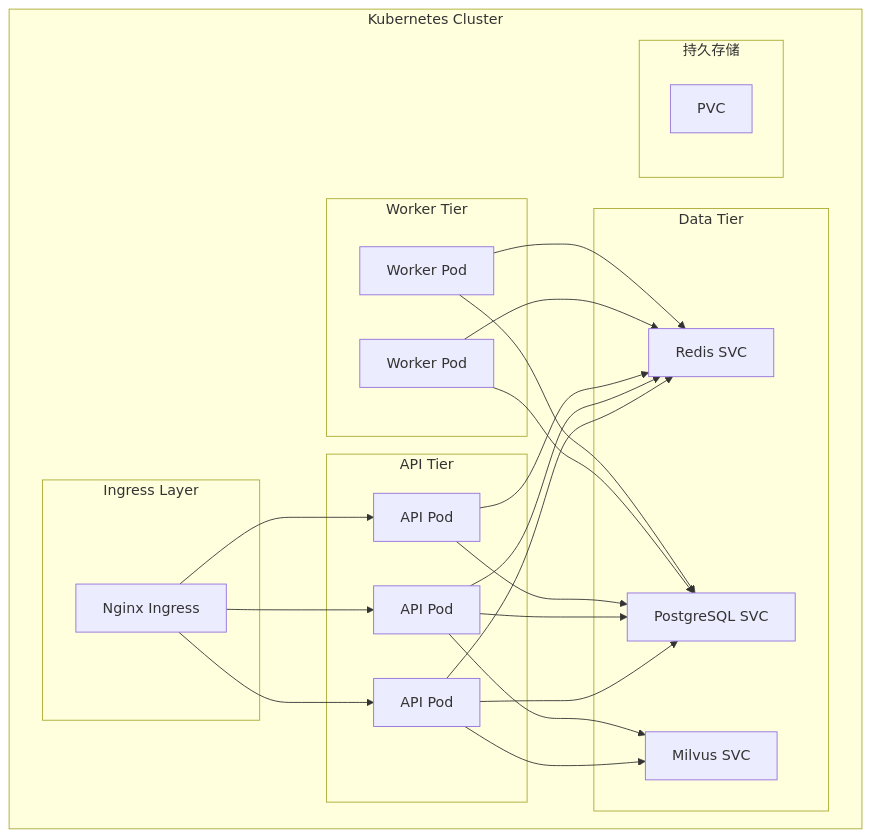
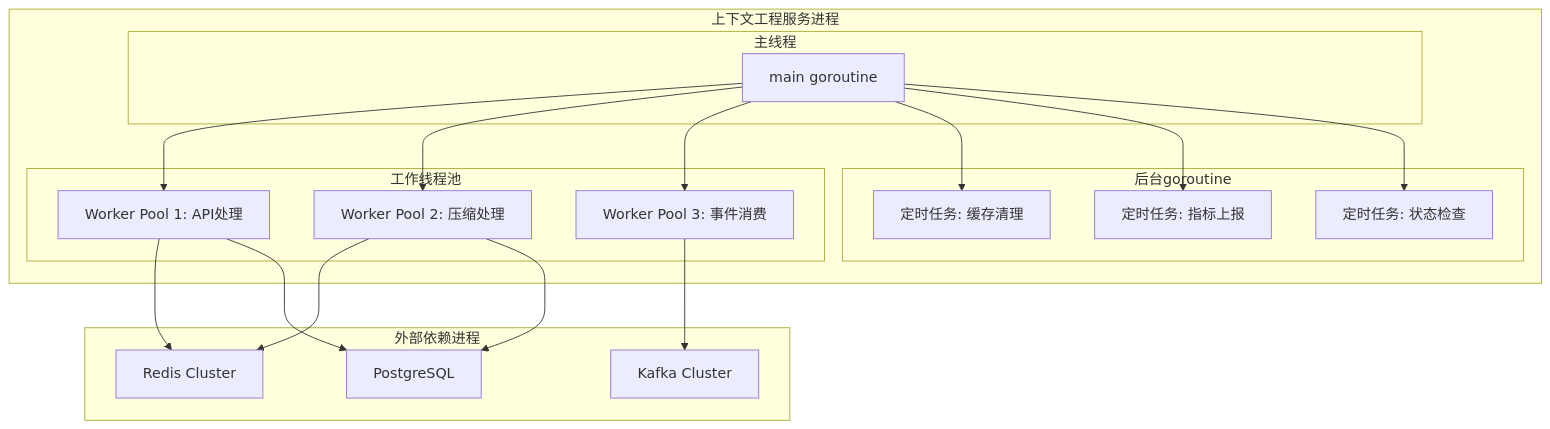
Diagram 20 of 27 in docs/architecture.md.md (352775098-dev/ContextService), drawn with Mermaid before and after one commit. The commit also changed other lines of this file, not shown here.

````diff
--- a/docs/architecture.md.md
+++ b/docs/architecture.md.md
@@ -737,49 +805,39 @@
 ```mermaid
-flowchart TB
-    subgraph K8s_Cluster["Kubernetes Cluster"]
-        subgraph Ingress["Ingress Layer"]
-            NGINX["Nginx Ingress"]
+graph TB
+    subgraph "上下文工程服务进程"
+        subgraph "主线程"
+            Main["main goroutine"]
         end
         
-        subgraph API_Tier["API Tier"]
-            API_Pod1["API Pod"]
-            API_Pod2["API Pod"]
-            API_Pod3["API Pod"]
+        subgraph "工作线程池"
+            WP1["Worker Pool 1: API处理"]
+            WP2["Worker Pool 2: 压缩处理"]
+            WP3["Worker Pool 3: 事件消费"]
         end
         
-        subgraph Worker_Tier["Worker Tier"]
-            Worker_Pod1["Worker Pod"]
-            Worker_Pod2["Worker Pod"]
+        subgraph "后台goroutine"
+            AG1["定时任务: 缓存清理"]
+            AG2["定时任务: 指标上报"]
+            AG3["定时任务: 状态检查"]
         end
         
-        subgraph Data_Tier["Data Tier"]
-            Redis_SVC["Redis SVC"]
-            PG_SVC["PostgreSQL SVC"]
-            Milvus_SVC["Milvus SVC"]
-        end
-        
-        subgraph Storage["持久存储"]
-            PVC["PVC"]
-        end
+        Main --> WP1
+        Main --> WP2
+        Main --> WP3
+        Main --> AG1
+        Main --> AG2
+        Main --> AG3
     end
     
-    NGINX --> API_Pod1
-    NGINX --> API_Pod2
-    NGINX --> API_Pod3
+    subgraph "外部依赖进程"
+        Redis["Redis Cluster"]
+        Kafka["Kafka Cluster"]
+        DB["PostgreSQL"]
+    end
     
-    API_Pod1 --> Redis_SVC
-    API_Pod2 --> Redis_SVC
-    API_Pod3 --> Redis_SVC
-    
-    API_Pod1 --> PG_SVC
-    API_Pod2 --> PG_SVC
-    API_Pod3 --> PG_SVC
-    
-    API_Pod1 --> Milvus_SVC
-    API_Pod2 --> Milvus_SVC
-    
-    Worker_Pod1 --> Redis_SVC
-    Worker_Pod1 --> PG_SVC
-    Worker_Pod2 --> Redis_SVC
-    Worker_Pod2 --> PG_SVC
+    WP1 --> Redis
+    WP2 --> Redis
+    WP3 --> Kafka
+    WP1 --> DB
+    WP2 --> DB
 ```
````
